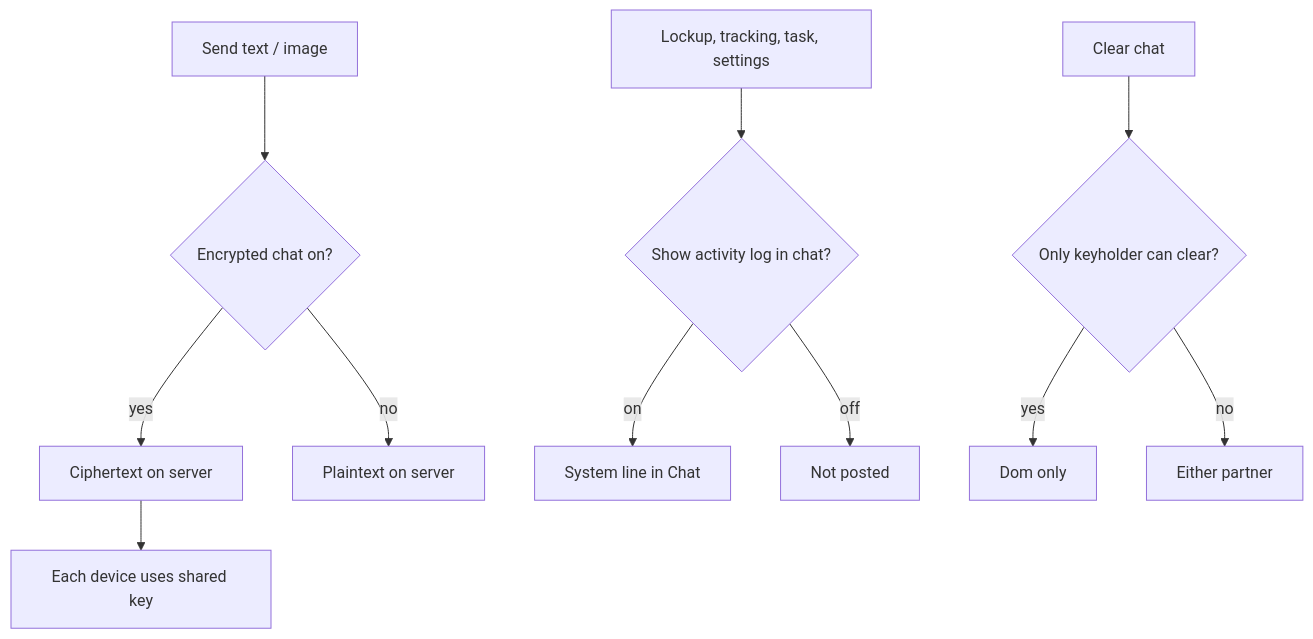
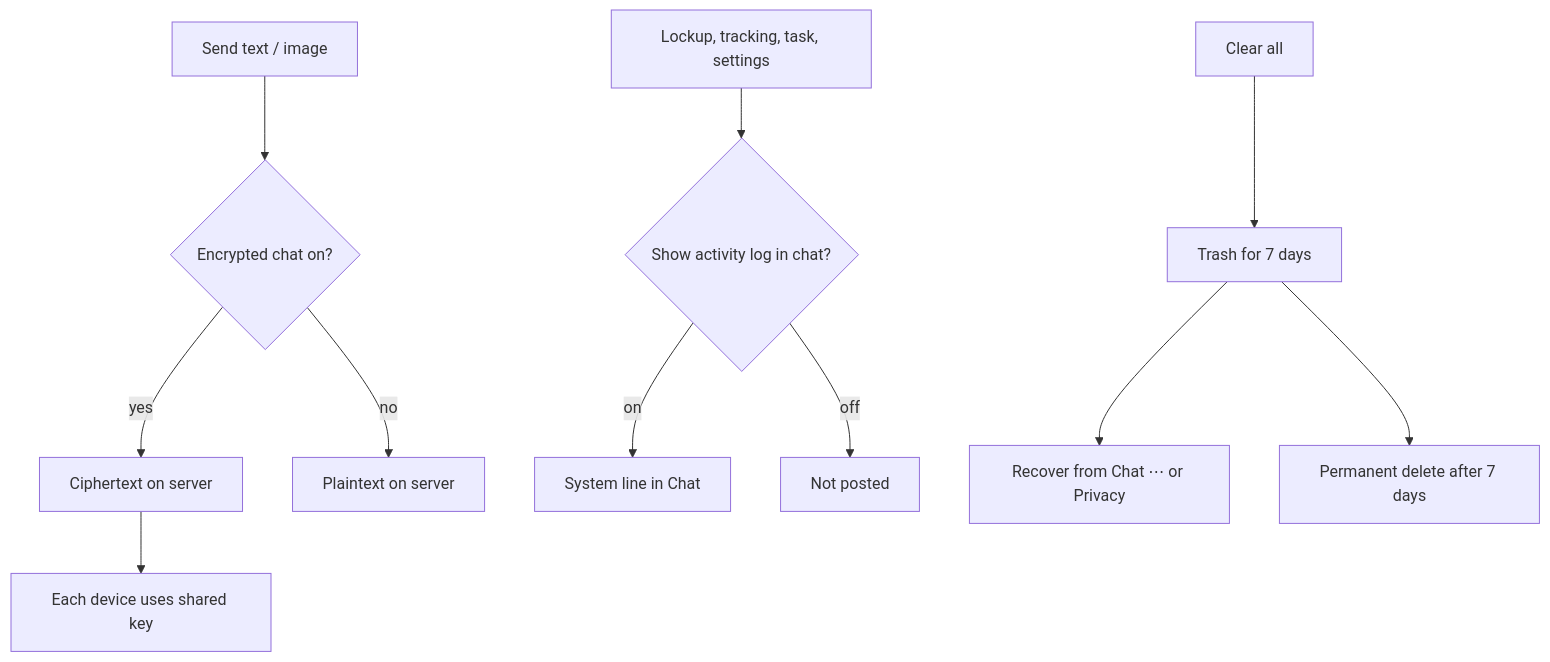
One commit to ubetra-beep/ubetra changed the ninth of 12 diagrams in wiki/Workflows.md. Above: the diagram before and after it, drawn with Mermaid. The commit also changed other lines of this file and 41 other files, not shown here.

Commit message:
Ship UBETRA 1.09 with Assistant Domme chat, indexed context packs, and 7-day recoverable clear-all.

````diff
--- a/wiki/Workflows.md
+++ b/wiki/Workflows.md
@@ -167,13 +168,13 @@
 ```mermaid
 flowchart TD
   Send[Send text / image] --> E2E{Encrypted chat on?}
   E2E -->|yes| Cipher[Ciphertext on server]
   E2E -->|no| Plain[Plaintext on server]
   Cipher --> Devices[Each device uses shared key]
   Event[Lockup, tracking, task, settings] --> Sys{Show activity log in chat?}
   Sys -->|on| Feed[System line in Chat]
   Sys -->|off| Silent[Not posted]
-  Clear[Clear chat] --> Who{Only keyholder can clear?}
-  Who -->|yes| DomOnly[Dom only]
-  Who -->|no| Anyone[Either partner]
+  Clear[Clear all] --> Trash[Trash for 7 days]
+  Trash --> Recover[Recover from Chat ⋯ or Privacy]
+  Trash --> Purge[Permanent delete after 7 days]
 ```
````
